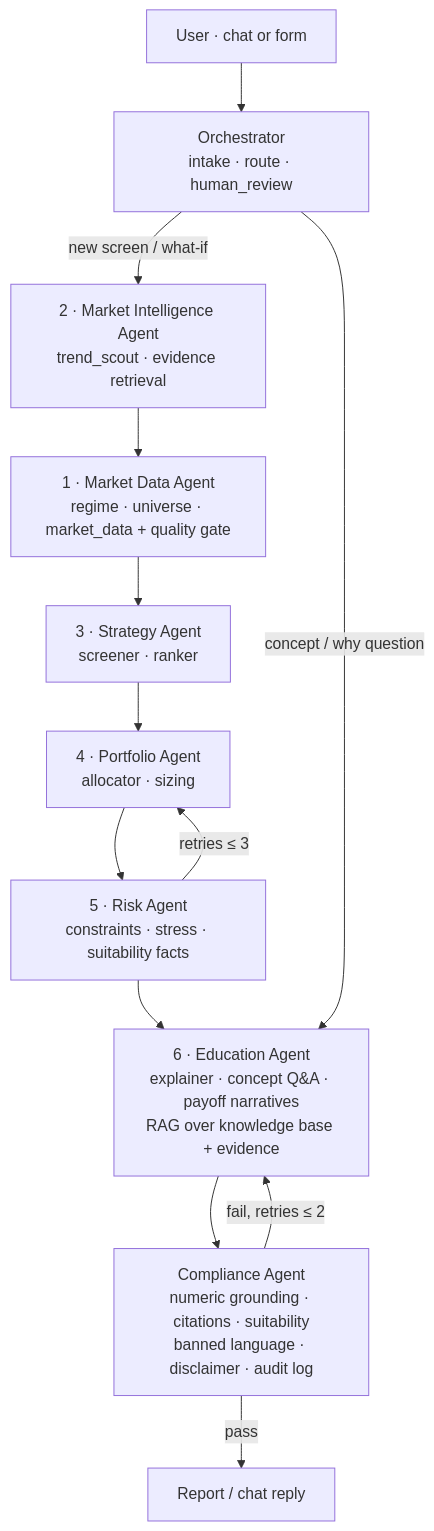
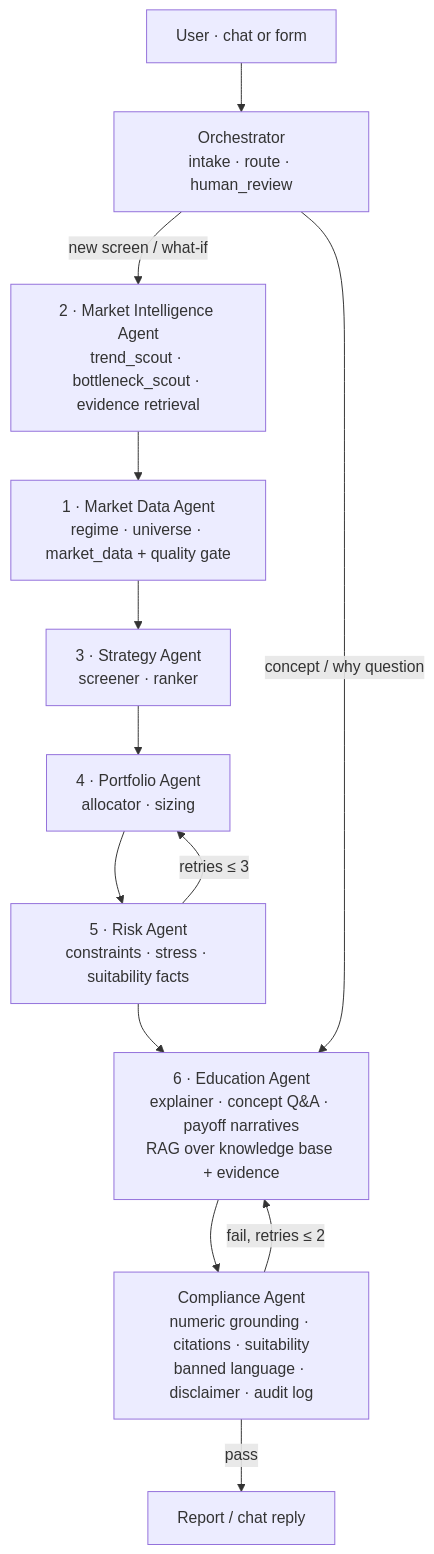
Before and after one commit to SachiK0thari/options-scout-ai: the first of 2 diagrams in PRD.md, drawn with Mermaid. The commit also changed other lines of this file and 39 other files, not shown here.

Commit message:
split the Streamlit app into eight tabs with Plotly charts and a Scout chat

````diff
--- a/PRD.md
+++ b/PRD.md
@@ -270,15 +443,15 @@
 ```mermaid
 flowchart TD
     U[User · chat or form] --> O[Orchestrator<br/>intake · route · human_review]
-    O -->|new screen / what-if| MI[2 · Market Intelligence Agent<br/>trend_scout · evidence retrieval]
+    O -->|new screen / what-if| MI[2 · Market Intelligence Agent<br/>trend_scout · bottleneck_scout · evidence retrieval]
     MI --> MD[1 · Market Data Agent<br/>regime · universe · market_data + quality gate]
     MD --> ST[3 · Strategy Agent<br/>screener · ranker]
     ST --> PF[4 · Portfolio Agent<br/>allocator · sizing]
     PF --> RK[5 · Risk Agent<br/>constraints · stress · suitability facts]
     RK -->|retries ≤ 3| PF
     RK --> ED[6 · Education Agent<br/>explainer · concept Q&A · payoff narratives<br/>RAG over knowledge base + evidence]
     O -->|concept / why question| ED
     ED --> CP[Compliance Agent<br/>numeric grounding · citations · suitability<br/>banned language · disclaimer · audit log]
     CP -->|fail, retries ≤ 2| ED
     CP -->|pass| R[Report / chat reply]
 ```
````
